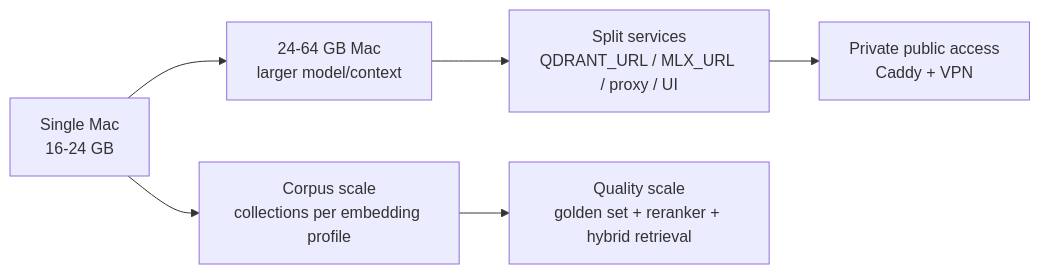
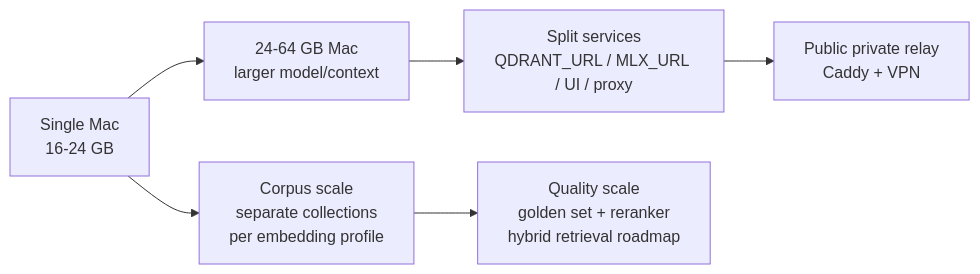
One commit to proovcme/les_rag_public changed the third of 3 diagrams in README.md. Above: the diagram before and after it, drawn with Mermaid. The commit also changed other lines of this file and 167 other files, not shown here.

````diff
--- a/README.md
+++ b/README.md
@@ -255,8 +144,8 @@
 ```mermaid
 flowchart LR
     A[Single Mac<br/>16-24 GB] --> B[24-64 GB Mac<br/>larger model/context]
-    B --> C[Split services<br/>QDRANT_URL / MLX_URL / proxy / UI]
-    C --> D[Private public access<br/>Caddy + VPN]
-    A --> E[Corpus scale<br/>collections per embedding profile]
-    E --> F[Quality scale<br/>golden set + reranker + hybrid retrieval]
+    B --> C[Split services<br/>QDRANT_URL / MLX_URL / UI / proxy]
+    C --> D[Public private relay<br/>Caddy + VPN]
+    A --> E[Corpus scale<br/>separate collections<br/>per embedding profile]
+    E --> F[Quality scale<br/>golden set + reranker<br/>hybrid retrieval roadmap]
 ```
````
